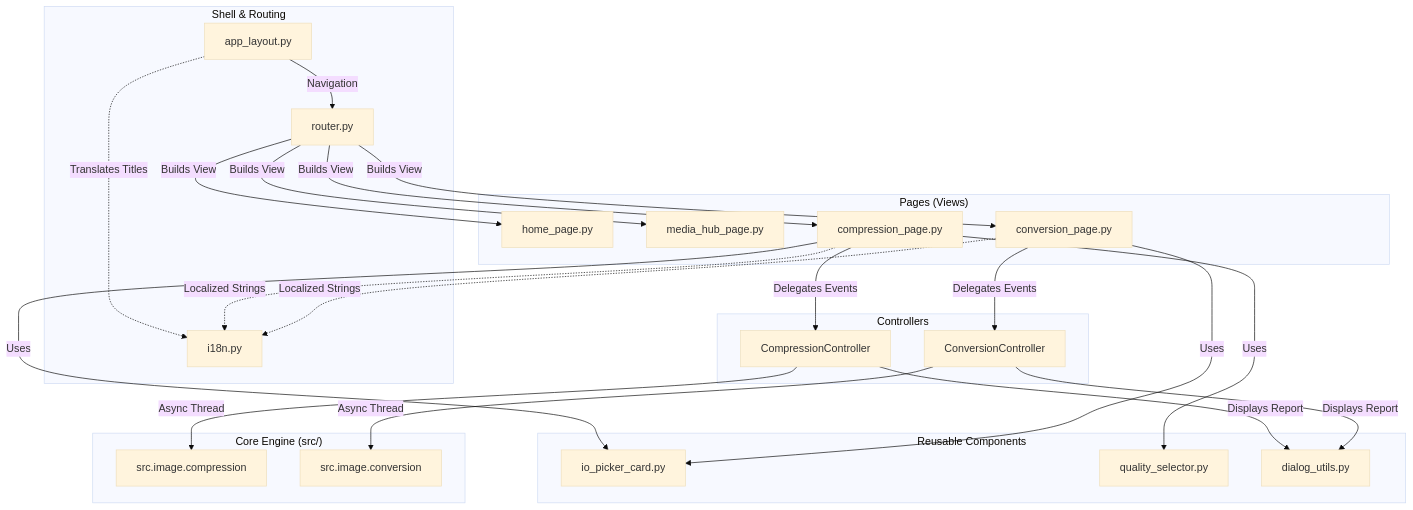
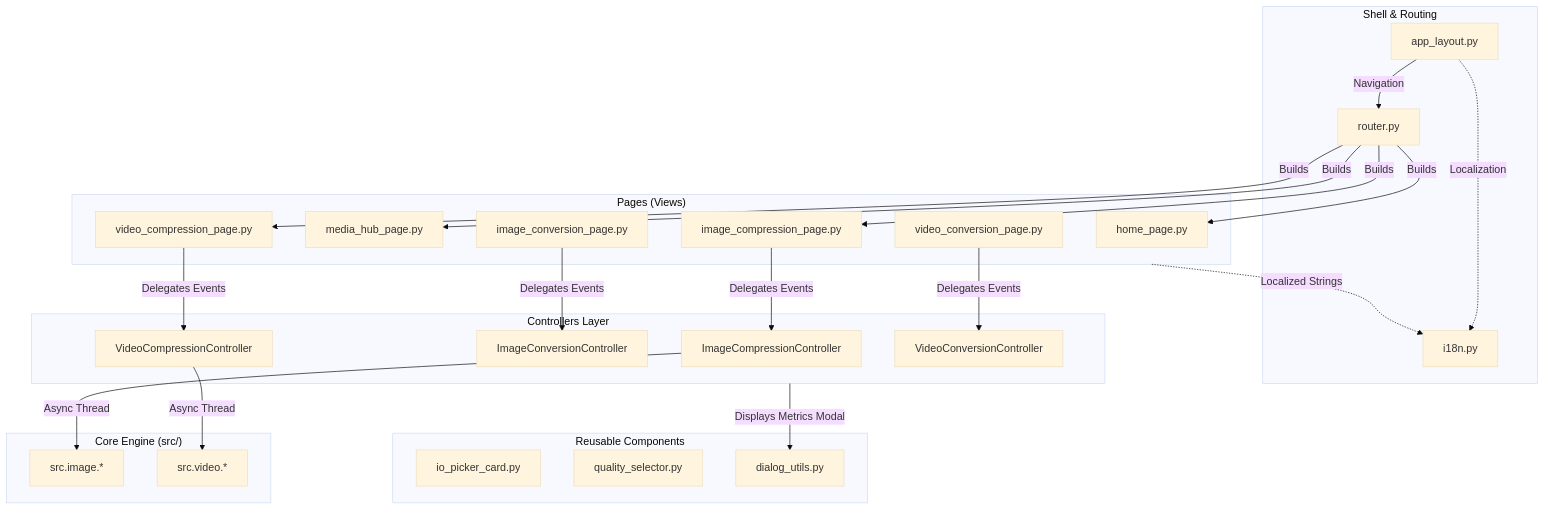
The first of 4 diagrams in ARCHITECTURE.md (brunothinker/FallByte), drawn with Mermaid (base theme) before and after one commit. The commit also changed other lines of this file and 2 other files, not shown here.

Commit message:
docs(architecture,readme): update core specs and pin dependencies
- Add video engine details and updated directory structure to ARCHITECTURE.md.
- Update README.md with Python 3.13 prerequisites.
- Pin Pillow to version 12.3.0 alongside flet 0.21.2 in requirements.txt.

````diff
--- a/ARCHITECTURE.md
+++ b/ARCHITECTURE.md
@@ -52,55 +58,55 @@
 ```mermaid
 graph TD
 
 subgraph UIShell["Shell & Routing"]
     LAYOUT["app_layout.py"]
     ROUTER["router.py"]
     I18N["i18n.py"]
 end
 
 subgraph Views["Pages (Views)"]
     PAGE_HOME["home_page.py"]
     PAGE_HUB["media_hub_page.py"]
-    PAGE_COMP["compression_page.py"]
-    PAGE_CONV["conversion_page.py"]
+    IMG_COMP_PAGE["image_compression_page.py"]
+    IMG_CONV_PAGE["image_conversion_page.py"]
+    VID_COMP_PAGE["video_compression_page.py"]
+    VID_CONV_PAGE["video_conversion_page.py"]
 end
 
 subgraph Components["Reusable Components"]
     CARD_IO["io_picker_card.py"]
     Q_SELECT["quality_selector.py"]
     DIALOGS["dialog_utils.py"]
 end
 
-subgraph Controllers["Controllers"]
-    COMP_CTRL["CompressionController"]
-    CONV_CTRL["ConversionController"]
+subgraph Controllers["Controllers Layer"]
+    IMG_COMP_CTRL["ImageCompressionController"]
+    IMG_CONV_CTRL["ImageConversionController"]
+    VID_COMP_CTRL["VideoCompressionController"]
+    VID_CONV_CTRL["VideoConversionController"]
 end
 
 subgraph CoreEngine["Core Engine (src/)"]
-    DIR_COMP_ENGINE["src.image.compression"]
-    DIR_CONV_ENGINE["src.image.conversion"]
+    IMG_ENGINE["src.image.*"]
+    VID_ENGINE["src.video.*"]
 end
 
 LAYOUT -->|"Navigation"| ROUTER
-ROUTER -->|"Builds View"| PAGE_HOME
-ROUTER -->|"Builds View"| PAGE_HUB
-ROUTER -->|"Builds View"| PAGE_COMP
-ROUTER -->|"Builds View"| PAGE_CONV
+ROUTER -->|"Builds"| PAGE_HOME
+ROUTER -->|"Builds"| PAGE_HUB
+ROUTER -->|"Builds"| IMG_COMP_PAGE
+ROUTER -->|"Builds"| VID_COMP_PAGE
 
-LAYOUT -.->|"Translates Titles"| I18N
-PAGE_COMP -.->|"Localized Strings"| I18N
-PAGE_CONV -.->|"Localized Strings"| I18N
+LAYOUT -.->|"Localization"| I18N
+Views -.->|"Localized Strings"| I18N
 
-PAGE_COMP -->|"Uses"| CARD_IO
-PAGE_COMP -->|"Uses"| Q_SELECT
-PAGE_CONV -->|"Uses"| CARD_IO
+IMG_COMP_PAGE -->|"Delegates Events"| IMG_COMP_CTRL
+IMG_CONV_PAGE -->|"Delegates Events"| IMG_CONV_CTRL
+VID_COMP_PAGE -->|"Delegates Events"| VID_COMP_CTRL
+VID_CONV_PAGE -->|"Delegates Events"| VID_CONV_CTRL
 
-PAGE_COMP -->|"Delegates Events"| COMP_CTRL
-PAGE_CONV -->|"Delegates Events"| CONV_CTRL
+IMG_COMP_CTRL -->|"Async Thread"| IMG_ENGINE
+VID_COMP_CTRL -->|"Async Thread"| VID_ENGINE
 
-COMP_CTRL -->|"Async Thread"| DIR_COMP_ENGINE
-CONV_CTRL -->|"Async Thread"| DIR_CONV_ENGINE
-
-COMP_CTRL -->|"Displays Report"| DIALOGS
-CONV_CTRL -->|"Displays Report"| DIALOGS
+Controllers -->|"Displays Metrics Modal"| DIALOGS
 ```
````
